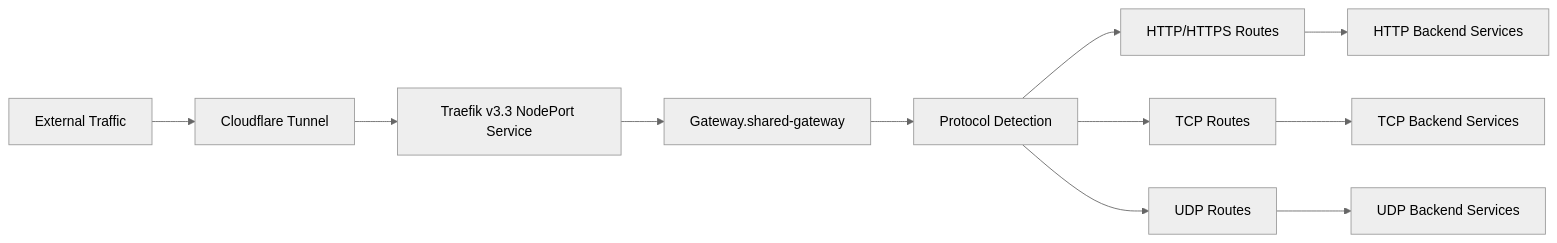
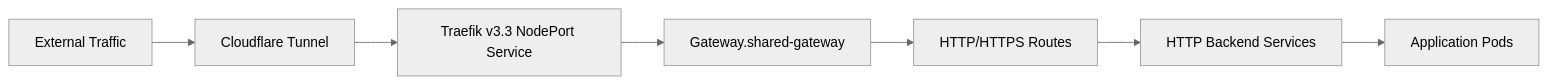
Before and after one commit to Hoangvu75/k8s_manifest: diagram 12 of 12 in .qoder/repowiki/en/content/Infrastructure Applications/Gateway API Controller.md, drawn with Mermaid (neutral theme). The commit also changed other lines of this file and 10 other files, not shown here.

````diff
--- a/.qoder/repowiki/en/content/Infrastructure Applications/Gateway API Controller.md
+++ b/.qoder/repowiki/en/content/Infrastructure Applications/Gateway API Controller.md
@@ -469,13 +475,9 @@
 ```mermaid
 flowchart LR
 A["External Traffic"] --> B["Cloudflare Tunnel"]
 B --> C["Traefik v3.3 NodePort Service"]
 C --> D["Gateway.shared-gateway"]
-D --> E["Protocol Detection"]
-E --> F["HTTP/HTTPS Routes"]
-E --> G["TCP Routes"]
-E --> H["UDP Routes"]
-F --> I["HTTP Backend Services"]
-G --> J["TCP Backend Services"]
-H --> K["UDP Backend Services"]
+D --> E["HTTP/HTTPS Routes"]
+E --> F["HTTP Backend Services"]
+F --> G["Application Pods"]
 ```
````
